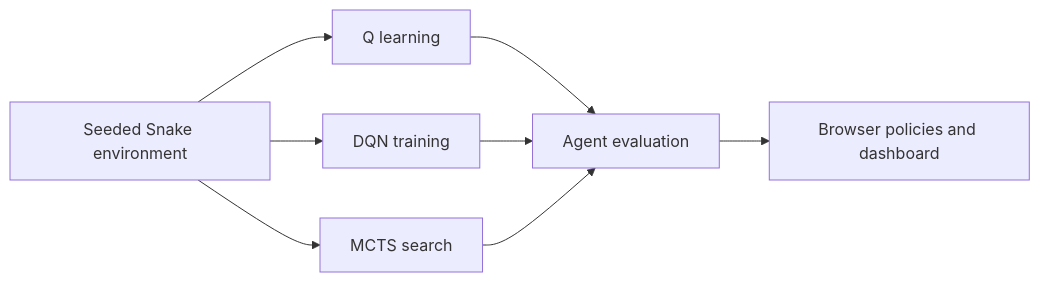
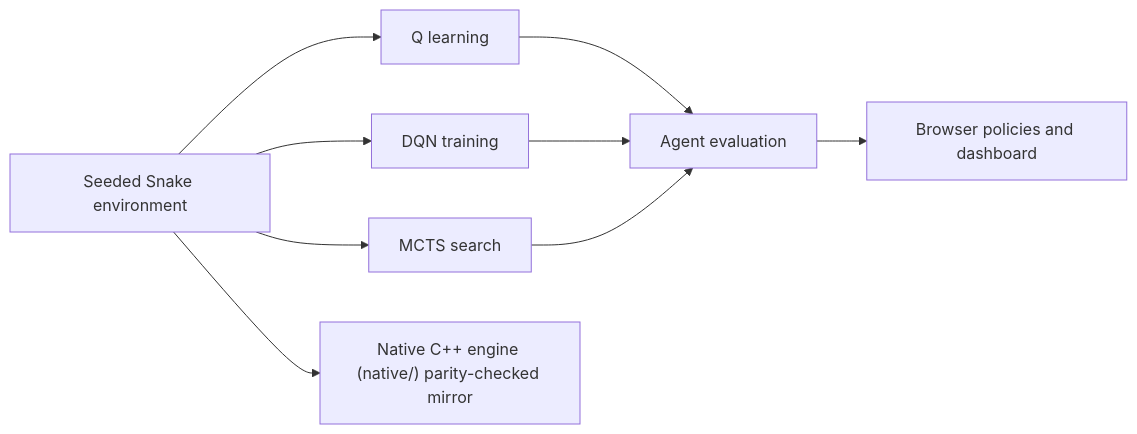
One commit to FaiyazEnayet/deeparcade changed the diagram in README.md. Above: the diagram before and after it, drawn with Mermaid. The commit also changed other lines of this file and 1 other file, not shown here.

````diff
--- a/README.md
+++ b/README.md
@@ -57,10 +68,11 @@
 ```mermaid
 flowchart LR
   N0["Seeded Snake environment"] --> N1["Q learning"]
   N0["Seeded Snake environment"] --> N2["DQN training"]
   N0["Seeded Snake environment"] --> N3["MCTS search"]
   N1["Q learning"] --> N4["Agent evaluation"]
   N2["DQN training"] --> N4["Agent evaluation"]
   N3["MCTS search"] --> N4["Agent evaluation"]
   N4["Agent evaluation"] --> N5["Browser policies and dashboard"]
+  N0["Seeded Snake environment"] --> N6["Native C++ engine (native/) parity-checked mirror"]
 ```
````
